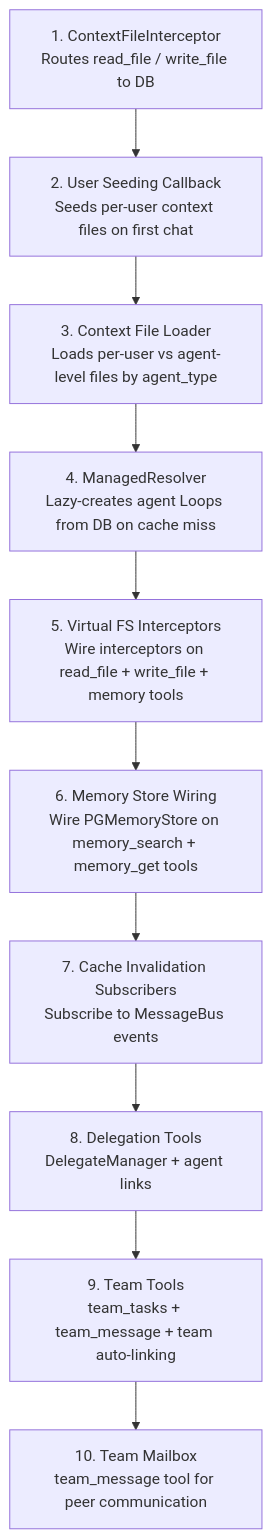
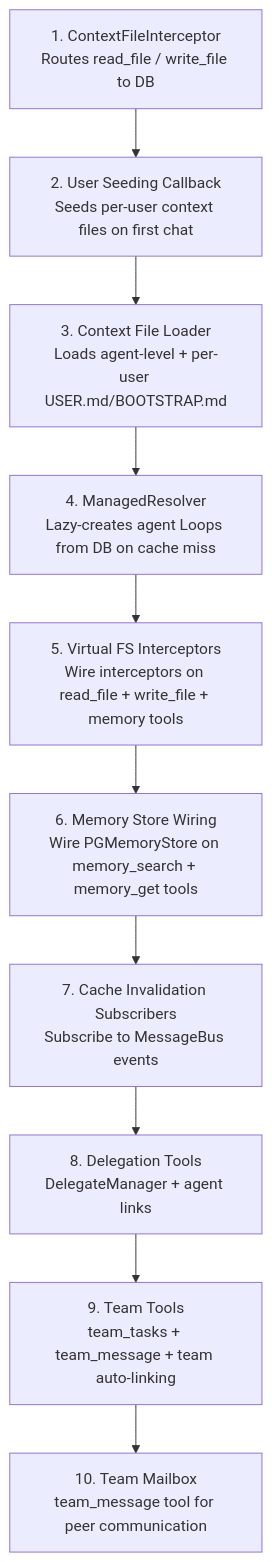
One commit to x-project-coding/goclaw changed the fourth of 6 diagrams in docs/00-architecture-overview.md. Above: the diagram before and after it, drawn with Mermaid. The commit also changed 122 other files, not shown here.

First line of the commit message:
feat(v4): drop agent_type=open, predefined-only model

````diff
--- a/docs/00-architecture-overview.md
+++ b/docs/00-architecture-overview.md
@@ -312,13 +312,13 @@
 ```mermaid
 flowchart TD
     W1["1. ContextFileInterceptor<br/>Routes read_file / write_file to DB"] --> W2
     W2["2. User Seeding Callback<br/>Seeds per-user context files on first chat"] --> W3
-    W3["3. Context File Loader<br/>Loads per-user vs agent-level files by agent_type"] --> W4
+    W3["3. Context File Loader<br/>Loads agent-level + per-user USER.md/BOOTSTRAP.md"] --> W4
     W4["4. ManagedResolver<br/>Lazy-creates agent Loops from DB on cache miss"] --> W5
     W5["5. Virtual FS Interceptors<br/>Wire interceptors on read_file + write_file + memory tools"] --> W6
     W6["6. Memory Store Wiring<br/>Wire PGMemoryStore on memory_search + memory_get tools"] --> W7
     W7["7. Cache Invalidation Subscribers<br/>Subscribe to MessageBus events"] --> W8
     W8["8. Delegation Tools<br/>DelegateManager + agent links"] --> W9
     W9["9. Team Tools<br/>team_tasks + team_message + team auto-linking"] --> W10
     W10["10. Team Mailbox<br/>team_message tool for peer communication"]
 ```
````
